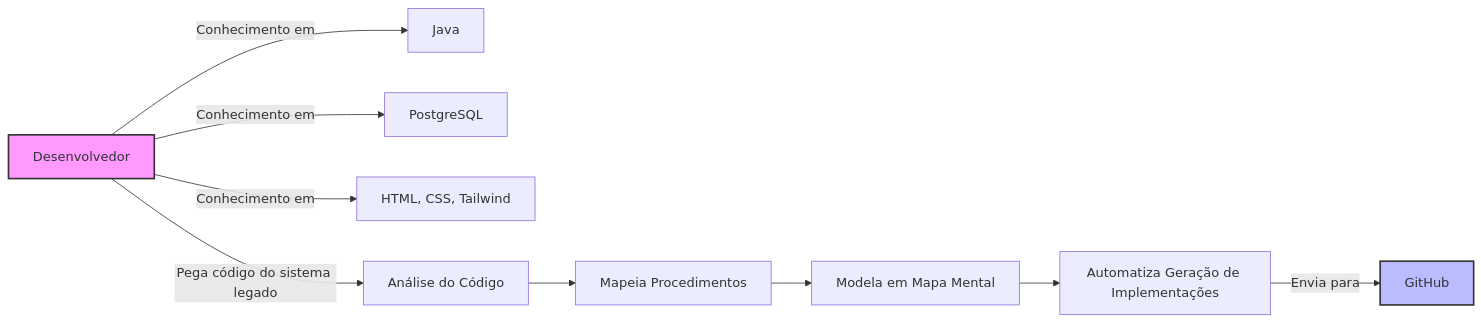
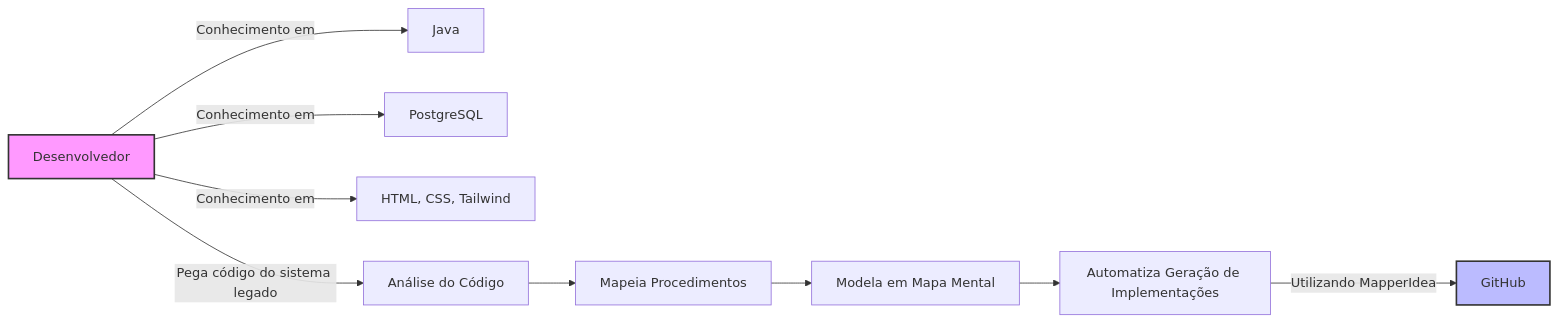
One commit to HamiltonVentura/MapperIdea changed the seventh of 7 diagrams in Readme.md. Above: the diagram before and after it, drawn with Mermaid.

````diff
--- a/Readme.md
+++ b/Readme.md
@@ -251,18 +251,18 @@
 ```mermaid
 flowchart LR
     A[Desenvolvedor] -->|Conhecimento em| B[Java];
     A -->|Conhecimento em| C[PostgreSQL];
     A -->|Conhecimento em| D[HTML, CSS, Tailwind];
 
     A -->|Pega código do sistema legado| E[Análise do Código];
     E --> F[Mapeia Procedimentos];
     F --> G[Modela em Mapa Mental];
     G --> H[Automatiza Geração de Implementações];
 
-    H -->|Envia para| I[GitHub];
+    H -->|Utilizando MapperIdea| I[GitHub];
 
     style A fill:#f9f,stroke:#333,stroke-width:2px;
     style I fill:#bbf,stroke:#333,stroke-width:2px;
 
    
 ```
````
